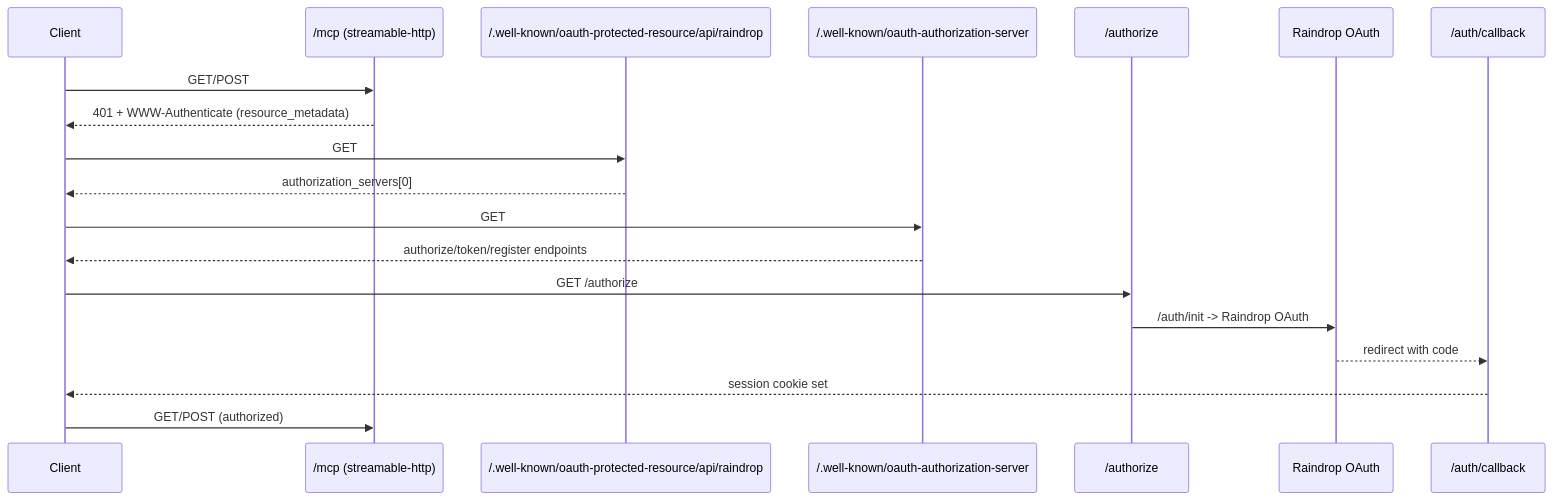
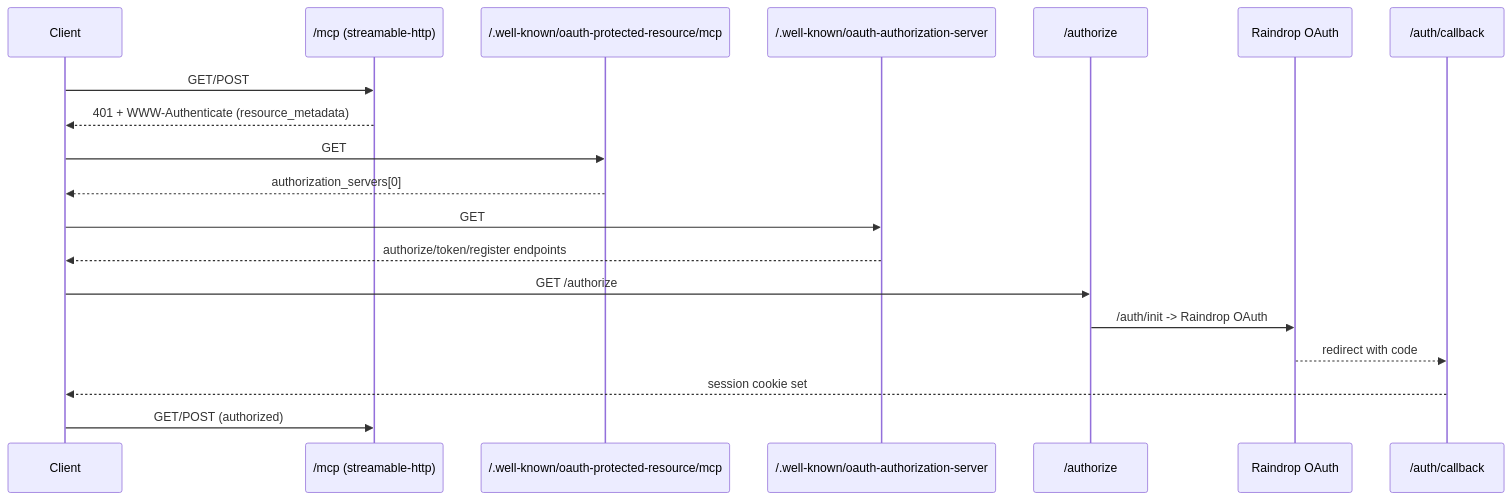
Before and after one commit to Aarekaz/raindrop-mcp: the fourth of 4 diagrams in README.md, drawn with Mermaid. The commit also changed other lines of this file and 7 other files, not shown here.

Commit message:
Fix protected resource metadata for /mcp

````diff
--- a/README.md
+++ b/README.md
@@ -434,22 +434,22 @@
 ```mermaid
 sequenceDiagram
   participant Client
   participant MCP as /mcp (streamable-http)
-  participant PRM as /.well-known/oauth-protected-resource/api/raindrop
+  participant PRM as /.well-known/oauth-protected-resource/mcp
   participant ASMeta as /.well-known/oauth-authorization-server
   participant Auth as /authorize
   participant OAuth as Raindrop OAuth
   participant Callback as /auth/callback
 
   Client->>MCP: GET/POST
   MCP-->>Client: 401 + WWW-Authenticate (resource_metadata)
   Client->>PRM: GET
   PRM-->>Client: authorization_servers[0]
   Client->>ASMeta: GET
   ASMeta-->>Client: authorize/token/register endpoints
   Client->>Auth: GET /authorize
   Auth->>OAuth: /auth/init -> Raindrop OAuth
   OAuth-->>Callback: redirect with code
   Callback-->>Client: session cookie set
   Client->>MCP: GET/POST (authorized)
 ```
````
